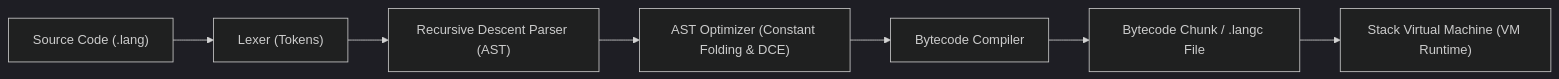
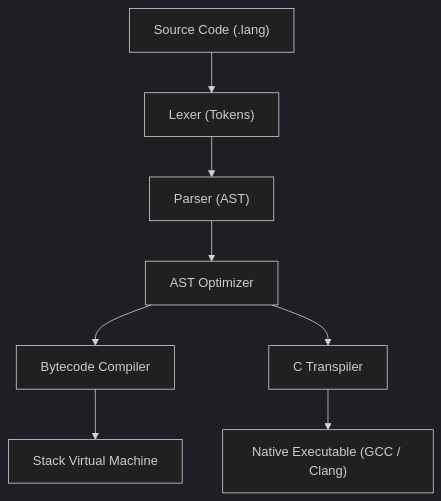
The diagram in README.md (JackFurton/simple-compiler), drawn with Mermaid (dark theme) before and after one commit. The commit also changed other lines of this file, not shown here.

Commit message:
docs: Trim README down to mermaid diagram and quick overview

````diff
--- a/README.md
+++ b/README.md
@@ -27,9 +7,10 @@
 ```mermaid
-flowchart LR
-    A["Source Code (.lang)"] --> B["Lexer (Tokens)"]
-    B --> C["Recursive Descent Parser (AST)"]
-    C --> D["AST Optimizer (Constant Folding & DCE)"]
-    D --> E["Bytecode Compiler"]
-    E --> F["Bytecode Chunk / .langc File"]
-    F --> G["Stack Virtual Machine (VM Runtime)"]
+flowchart TD
+    Source["Source Code (.lang)"] --> Lexer["Lexer (Tokens)"]
+    Lexer --> Parser["Parser (AST)"]
+    Parser --> Optimizer["AST Optimizer"]
+    Optimizer --> Bytecode["Bytecode Compiler"]
+    Optimizer --> CTranspiler["C Transpiler"]
+    Bytecode --> VM["Stack Virtual Machine"]
+    CTranspiler --> Native["Native Executable (GCC / Clang)"]
 ```
````
